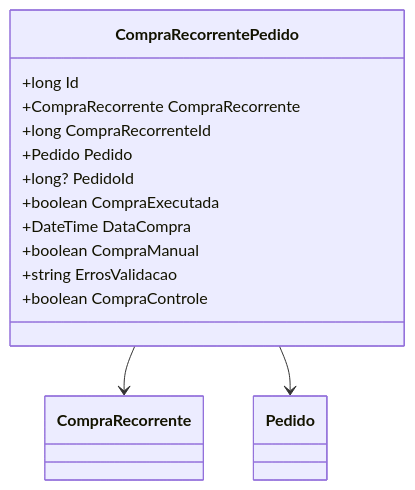
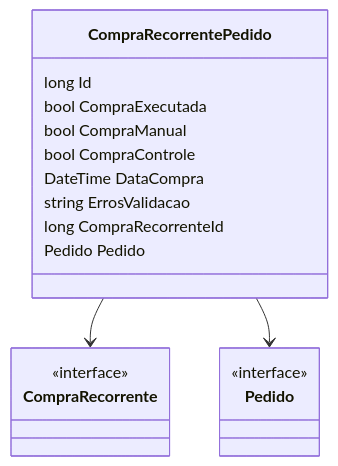
One commit to IsthmusSistemas/documentacao-tecnica changed the diagram in docs/b2b-dominio/IsthmusWinthor.Nucleo/IsthmusWinthor.Dominio/Entidades/CompraRecorrentePedido.md. Above: the diagram before and after it, drawn with Mermaid. The commit also changed other lines of this file and 882 other files, not shown here.

````diff
--- a/docs/b2b-dominio/IsthmusWinthor.Nucleo/IsthmusWinthor.Dominio/Entidades/CompraRecorrentePedido.md
+++ b/docs/b2b-dominio/IsthmusWinthor.Nucleo/IsthmusWinthor.Dominio/Entidades/CompraRecorrentePedido.md
@@ -22,18 +23,24 @@
 ```mermaid
 classDiagram
     class CompraRecorrentePedido {
-        +long Id
-        +CompraRecorrente CompraRecorrente
-        +long CompraRecorrenteId
-        +Pedido Pedido
-        +long? PedidoId
-        +boolean CompraExecutada
-        +DateTime DataCompra
-        +boolean CompraManual
-        +string ErrosValidacao
-        +boolean CompraControle
+        long Id
+        bool CompraExecutada
+        bool CompraManual
+        bool CompraControle
+        DateTime DataCompra
+        string ErrosValidacao
+        long CompraRecorrenteId
+        Pedido Pedido
     }
-    
+
+    class CompraRecorrente {
+        <<interface>>
+    }
+
+    class Pedido {
+        <<interface>>
+    }
+
     CompraRecorrentePedido --> CompraRecorrente
     CompraRecorrentePedido --> Pedido
-```
+```  
````
